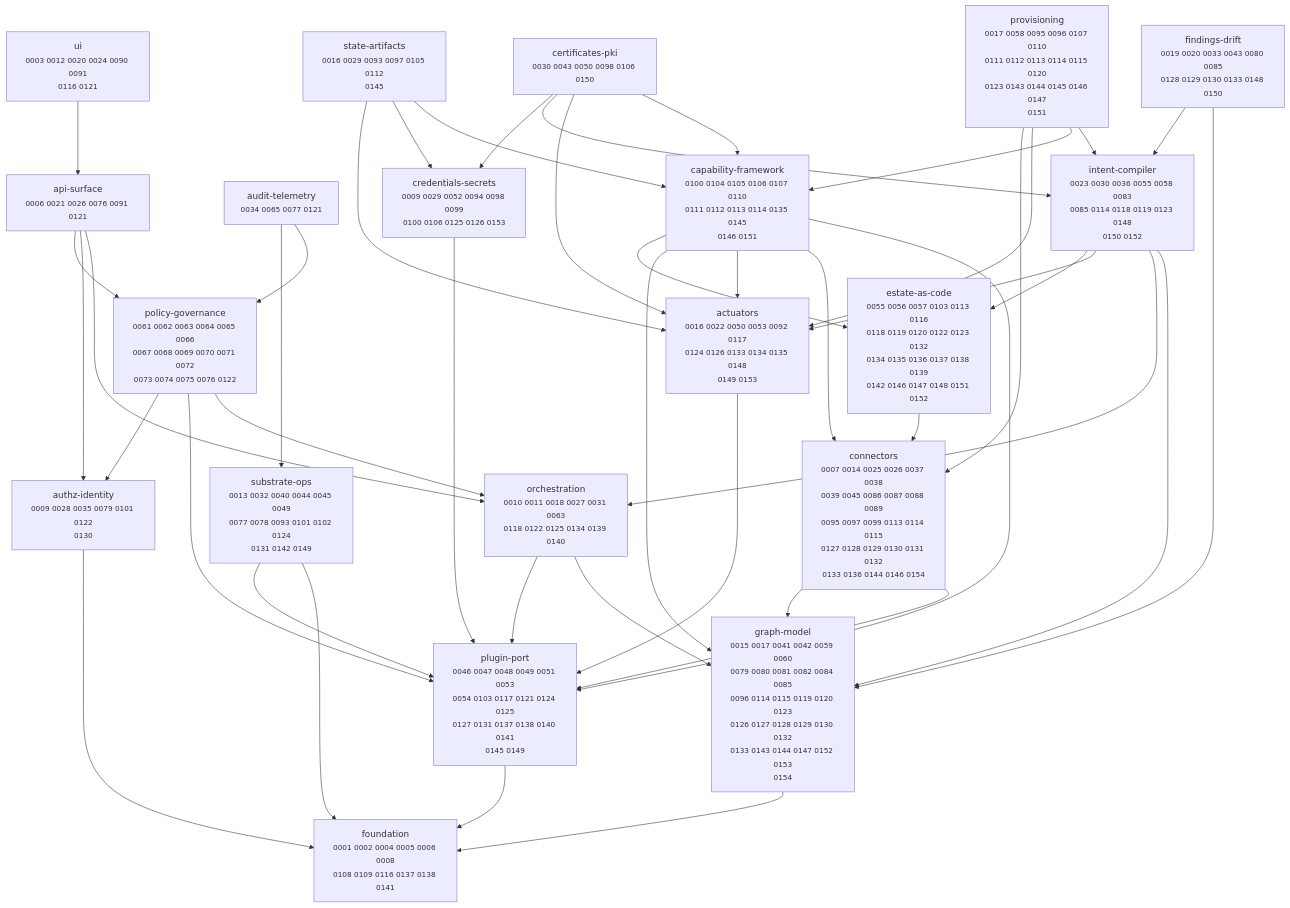
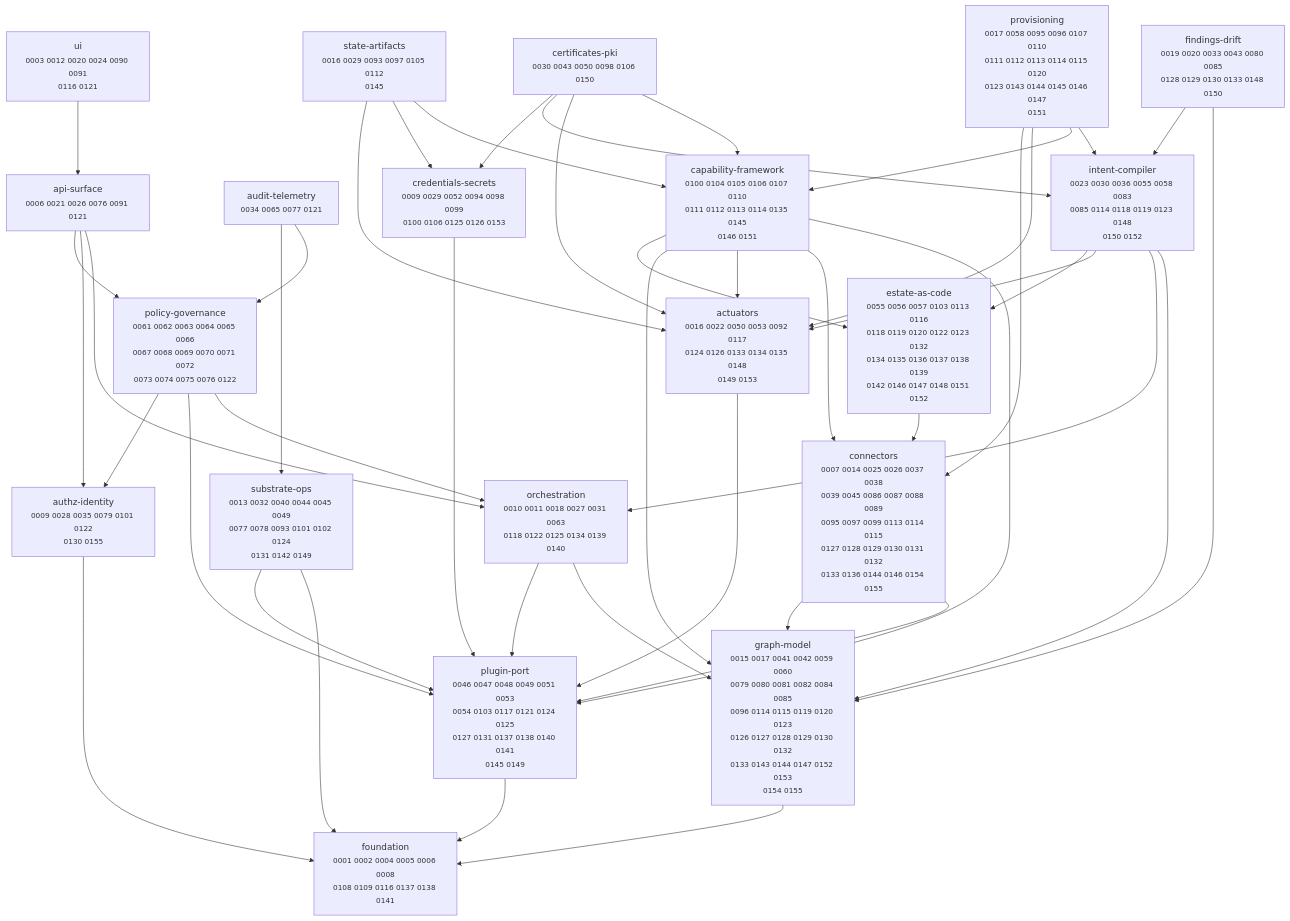
One commit to dstout-devops/stratt changed the diagram in docs/adr/MAP.md. Above: the diagram before and after it, drawn with Mermaid. The commit also changed other lines of this file and 22 other files, not shown here.

````diff
--- a/docs/adr/MAP.md
+++ b/docs/adr/MAP.md
@@ -11,67 +11,67 @@
 ```mermaid
 graph TD
   actuators["actuators<br/><small>0016 0022 0050 0053 0092 0117<br/>0124 0126 0133 0134 0135 0148<br/>0149 0153</small>"]
   api_surface["api-surface<br/><small>0006 0021 0026 0076 0091 0121</small>"]
   audit_telemetry["audit-telemetry<br/><small>0034 0065 0077 0121</small>"]
-  authz_identity["authz-identity<br/><small>0009 0028 0035 0079 0101 0122<br/>0130</small>"]
+  authz_identity["authz-identity<br/><small>0009 0028 0035 0079 0101 0122<br/>0130 0155</small>"]
   capability_framework["capability-framework<br/><small>0100 0104 0105 0106 0107 0110<br/>0111 0112 0113 0114 0135 0145<br/>0146 0151</small>"]
   certificates_pki["certificates-pki<br/><small>0030 0043 0050 0098 0106 0150</small>"]
-  connectors["connectors<br/><small>0007 0014 0025 0026 0037 0038<br/>0039 0045 0086 0087 0088 0089<br/>0095 0097 0099 0113 0114 0115<br/>0127 0128 0129 0130 0131 0132<br/>0133 0136 0144 0146 0154</small>"]
+  connectors["connectors<br/><small>0007 0014 0025 0026 0037 0038<br/>0039 0045 0086 0087 0088 0089<br/>0095 0097 0099 0113 0114 0115<br/>0127 0128 0129 0130 0131 0132<br/>0133 0136 0144 0146 0154 0155</small>"]
   credentials_secrets["credentials-secrets<br/><small>0009 0029 0052 0094 0098 0099<br/>0100 0106 0125 0126 0153</small>"]
   estate_as_code["estate-as-code<br/><small>0055 0056 0057 0103 0113 0116<br/>0118 0119 0120 0122 0123 0132<br/>0134 0135 0136 0137 0138 0139<br/>0142 0146 0147 0148 0151 0152</small>"]
   findings_drift["findings-drift<br/><small>0019 0020 0033 0043 0080 0085<br/>0128 0129 0130 0133 0148 0150</small>"]
   foundation["foundation<br/><small>0001 0002 0004 0005 0006 0008<br/>0108 0109 0116 0137 0138 0141</small>"]
-  graph_model["graph-model<br/><small>0015 0017 0041 0042 0059 0060<br/>0079 0080 0081 0082 0084 0085<br/>0096 0114 0115 0119 0120 0123<br/>0126 0127 0128 0129 0130 0132<br/>0133 0143 0144 0147 0152 0153<br/>0154</small>"]
+  graph_model["graph-model<br/><small>0015 0017 0041 0042 0059 0060<br/>0079 0080 0081 0082 0084 0085<br/>0096 0114 0115 0119 0120 0123<br/>0126 0127 0128 0129 0130 0132<br/>0133 0143 0144 0147 0152 0153<br/>0154 0155</small>"]
   intent_compiler["intent-compiler<br/><small>0023 0030 0036 0055 0058 0083<br/>0085 0114 0118 0119 0123 0148<br/>0150 0152</small>"]
   orchestration["orchestration<br/><small>0010 0011 0018 0027 0031 0063<br/>0118 0122 0125 0134 0139 0140</small>"]
   plugin_port["plugin-port<br/><small>0046 0047 0048 0049 0051 0053<br/>0054 0103 0117 0121 0124 0125<br/>0127 0131 0137 0138 0140 0141<br/>0145 0149</small>"]
   policy_governance["policy-governance<br/><small>0061 0062 0063 0064 0065 0066<br/>0067 0068 0069 0070 0071 0072<br/>0073 0074 0075 0076 0122</small>"]
   provisioning["provisioning<br/><small>0017 0058 0095 0096 0107 0110<br/>0111 0112 0113 0114 0115 0120<br/>0123 0143 0144 0145 0146 0147<br/>0151</small>"]
   state_artifacts["state-artifacts<br/><small>0016 0029 0093 0097 0105 0112<br/>0145</small>"]
   substrate_ops["substrate-ops<br/><small>0013 0032 0040 0044 0045 0049<br/>0077 0078 0093 0101 0102 0124<br/>0131 0142 0149</small>"]
   ui["ui<br/><small>0003 0012 0020 0024 0090 0091<br/>0116 0121</small>"]
 
   actuators --> plugin_port
   api_surface --> orchestration
   api_surface --> authz_identity
   api_surface --> policy_governance
   audit_telemetry --> policy_governance
   audit_telemetry --> substrate_ops
   authz_identity --> foundation
   capability_framework --> plugin_port
   capability_framework --> connectors
   capability_framework --> actuators
   capability_framework --> graph_model
   capability_framework --> estate_as_code
   certificates_pki --> capability_framework
   certificates_pki --> actuators
   certificates_pki --> intent_compiler
   certificates_pki --> credentials_secrets
   connectors --> plugin_port
   connectors --> graph_model
   credentials_secrets --> plugin_port
   estate_as_code --> connectors
   findings_drift --> graph_model
   findings_drift --> intent_compiler
   graph_model --> foundation
   intent_compiler --> graph_model
   intent_compiler --> orchestration
   intent_compiler --> actuators
   intent_compiler --> estate_as_code
   orchestration --> graph_model
   orchestration --> plugin_port
   plugin_port --> foundation
   policy_governance --> orchestration
   policy_governance --> plugin_port
   policy_governance --> authz_identity
   provisioning --> intent_compiler
   provisioning --> capability_framework
   provisioning --> actuators
   provisioning --> connectors
   state_artifacts --> capability_framework
   state_artifacts --> credentials_secrets
   state_artifacts --> actuators
   substrate_ops --> foundation
   substrate_ops --> plugin_port
   ui --> api_surface
 ```
````
